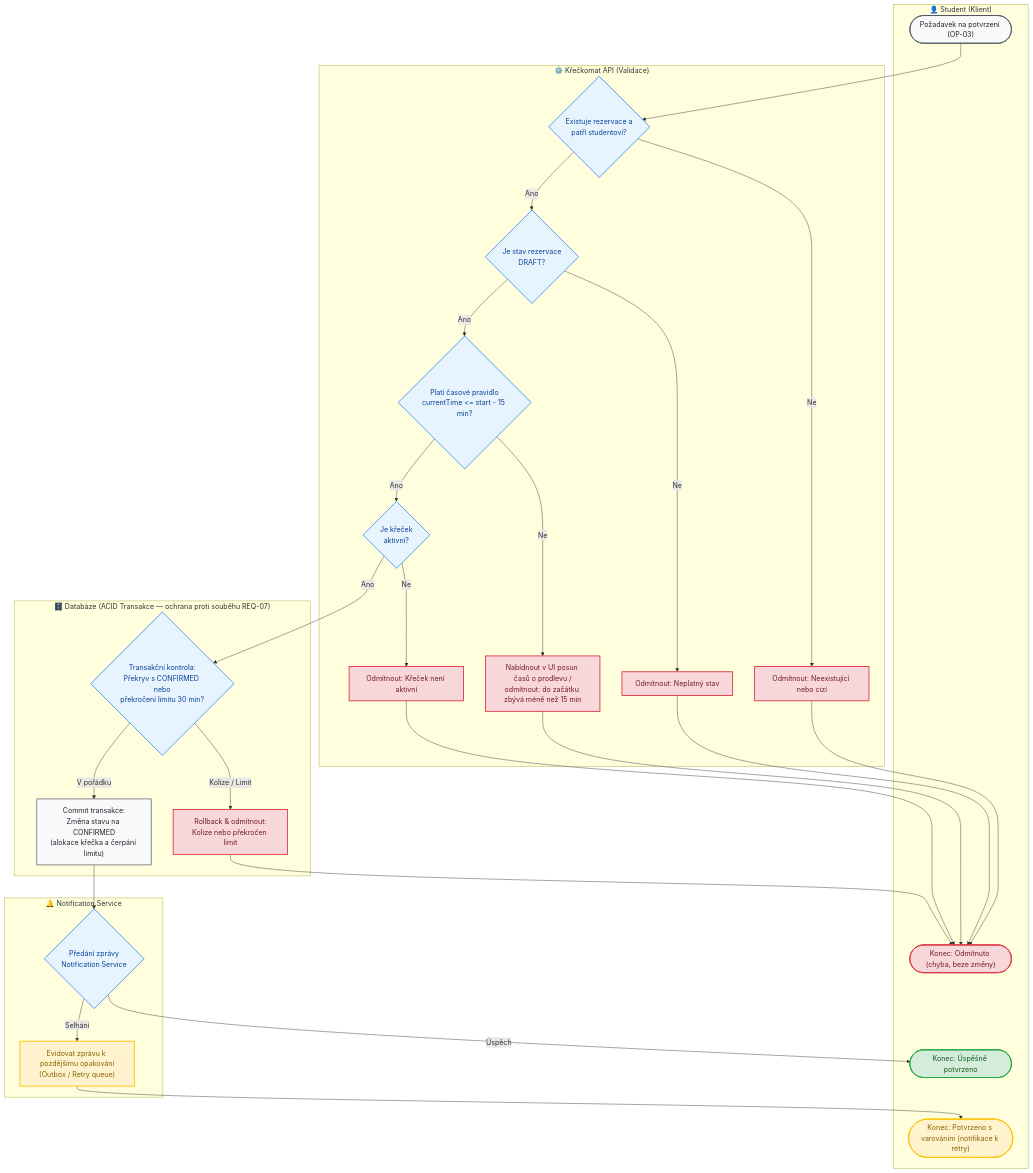
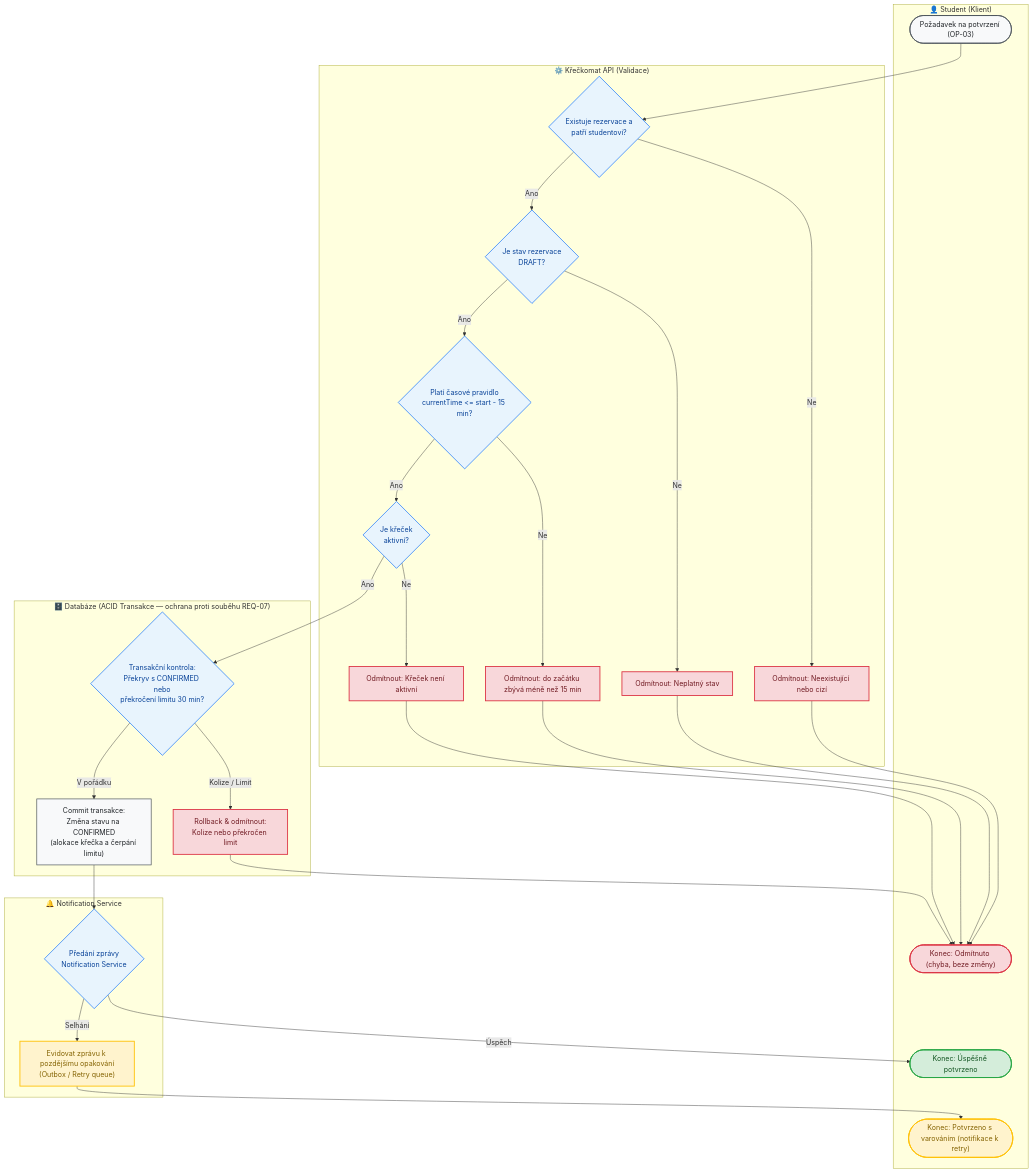
Before and after one commit to tomaskirnig/SWI_2027: the third of 8 diagrams in DIAGRAMS.md, drawn with Mermaid. The commit also changed other lines of this file and 7 other files, not shown here.

````diff
--- a/DIAGRAMS.md
+++ b/DIAGRAMS.md
@@ -118,57 +116,57 @@
 ```mermaid
 flowchart TD
     classDef success fill:#d4edda,stroke:#28a745,stroke-width:2px,color:#155724;
     classDef fail fill:#f8d7da,stroke:#dc3545,stroke-width:2px,color:#721c24;
     classDef warn fill:#fff3cd,stroke:#ffc107,stroke-width:2px,color:#856404;
     classDef decision fill:#e8f4fd,stroke:#0d6efd,stroke-width:1.5px,color:#084298;
     classDef step fill:#f8f9fa,stroke:#495057,stroke-width:1.5px,color:#212529;
 
     subgraph ClientLane["👤 Student (Klient)"]
         ReqConfirm(["Požadavek na potvrzení (OP-03)"]):::step
         RespSuccess(["Konec: Úspěšně potvrzeno"]):::success
         RespWarning(["Konec: Potvrzeno s varováním (notifikace k retry)"]):::warn
         RespFail(["Konec: Odmítnuto (chyba, beze změny)"]):::fail
     end
 
     subgraph ApiLane["⚙️ Křečkomat API (Validace)"]
         CheckAuth{"Existuje rezervace a<br/>patří studentovi?"}:::decision
         CheckState{"Je stav rezervace<br/>DRAFT?"}:::decision
         CheckTime{"Platí časové pravidlo<br/>currentTime <= start - 15 min?"}:::decision
-        PromptTime["Nabídnout v UI posun časů o prodlevu /<br/>odmítnout: do začátku zbývá méně než 15 min"]:::fail
+        PromptTime["Odmítnout: do začátku zbývá méně než 15 min"]:::fail
         CheckHamster{"Je křeček<br/>aktivní?"}:::decision
         RejectAuth["Odmítnout: Neexistující nebo cizí"]:::fail
         RejectState["Odmítnout: Neplatný stav"]:::fail
         RejectHamster["Odmítnout: Křeček není aktivní"]:::fail
     end
 
     subgraph DbLane["🗄️ Databáze (ACID Transakce — ochrana proti souběhu REQ-07)"]
         LockAndCheck{"Transakční kontrola:<br/>Překryv s CONFIRMED nebo<br/>překročení limitu 30 min?"}:::decision
         RejectConflict["Rollback & odmítnout:<br/>Kolize nebo překročen limit"]:::fail
         CommitConfirm["Commit transakce:<br/>Změna stavu na CONFIRMED<br/>(alokace křečka a čerpání limitu)"]:::step
     end
 
     subgraph NotifLane["🔔 Notification Service"]
         SendNotif{"Předání zprávy<br/>Notification Service"}:::decision
         EnqueueRetry["Evidovat zprávu k pozdějšímu opakování<br/>(Outbox / Retry queue)"]:::warn
     end
 
     ReqConfirm --> CheckAuth
     CheckAuth -- "Ne" --> RejectAuth --> RespFail
     CheckAuth -- "Ano" --> CheckState
     
     CheckState -- "Ne" --> RejectState --> RespFail
     CheckState -- "Ano" --> CheckTime
     
     CheckTime -- "Ne" --> PromptTime --> RespFail
     CheckTime -- "Ano" --> CheckHamster
     
     CheckHamster -- "Ne" --> RejectHamster --> RespFail
     CheckHamster -- "Ano" --> LockAndCheck
 
     LockAndCheck -- "Kolize / Limit" --> RejectConflict --> RespFail
     LockAndCheck -- "V pořádku" --> CommitConfirm
 
     CommitConfirm --> SendNotif
     SendNotif -- "Úspěch" --> RespSuccess
     SendNotif -- "Selhání" --> EnqueueRetry --> RespWarning
 ```
````
